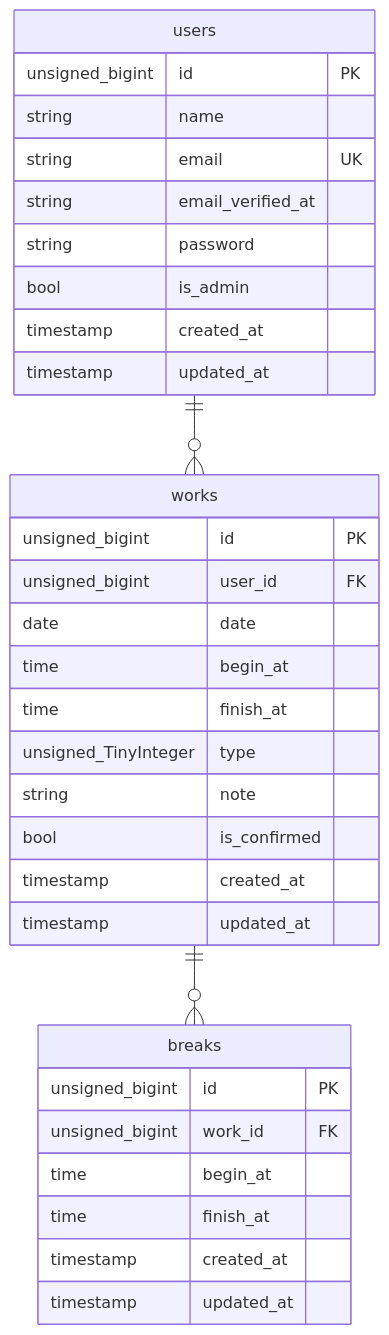
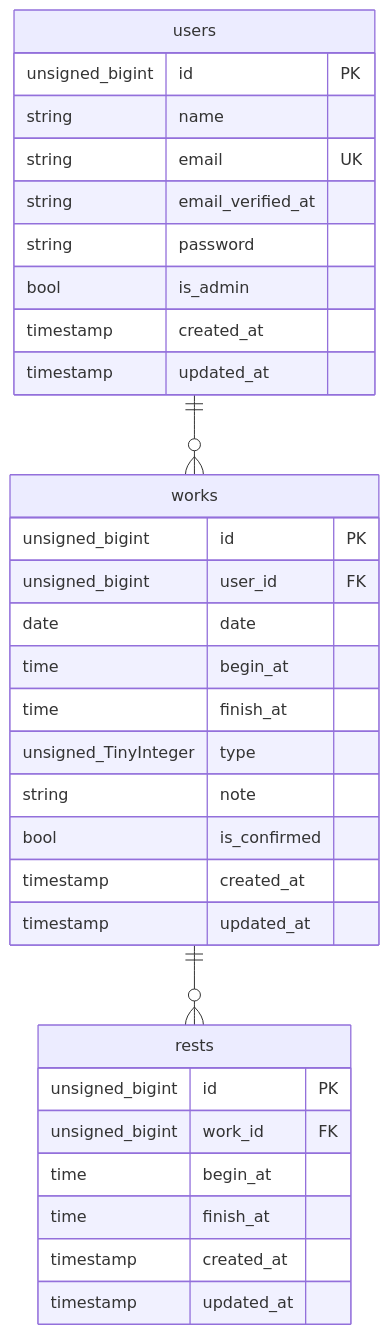
One commit to itoro967/AttendanceManagementApp changed the diagram in README.md. Above: the diagram before and after it, drawn with Mermaid. The commit also changed 2 other files, not shown here.

Commit message:
微修正

````diff
--- a/README.md
+++ b/README.md
@@ -20,37 +20,37 @@
 ```mermaid
 erDiagram
 
 users||--o{works:""
-works||--o{breaks:""
+works||--o{rests:""
 
 users{
   unsigned_bigint id PK
   string name
   string email UK
   string email_verified_at
   string password
   bool is_admin
   timestamp created_at
   timestamp updated_at
 }
 works{
   unsigned_bigint id PK
   unsigned_bigint user_id FK
   date date
   time begin_at
   time finish_at
   unsigned_TinyInteger type
   string note
   bool is_confirmed
   timestamp created_at
   timestamp updated_at
 }
-breaks{
+rests{
   unsigned_bigint id PK
   unsigned_bigint work_id FK
   time begin_at
   time finish_at
   timestamp created_at
   timestamp updated_at
 }
 ```
````
